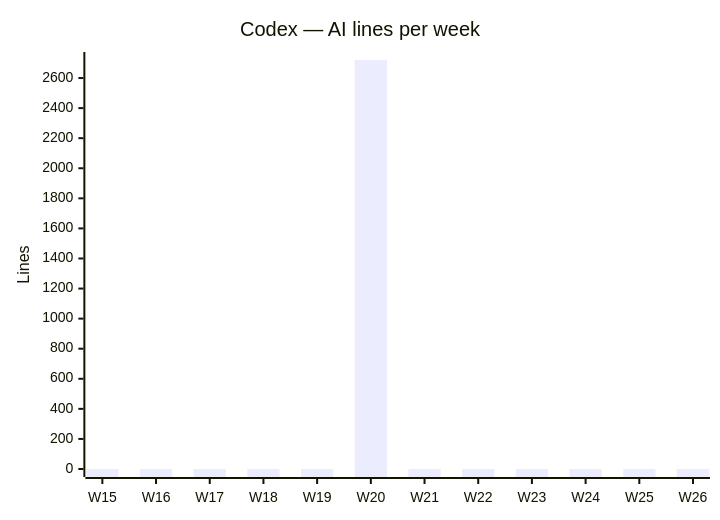
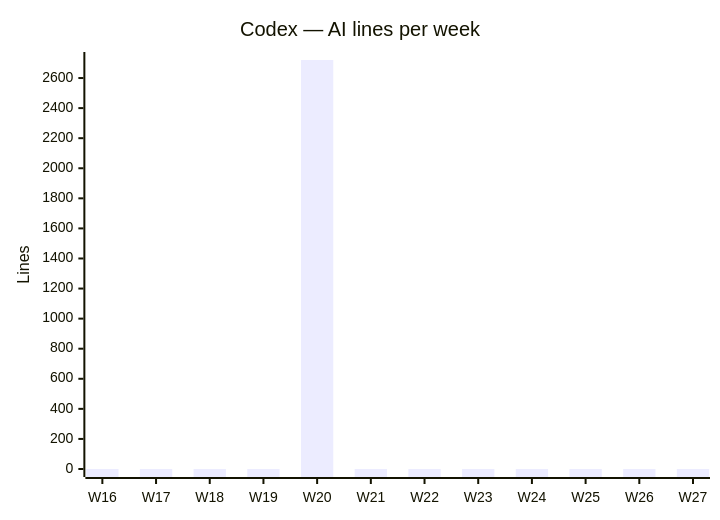
One commit to fromwaydowntown/ai-use changed the third of 4 diagrams in docs/AI_USAGE.md. Above: the diagram before and after it, drawn with Mermaid. The commit also changed other lines of this file, not shown here.

````diff
--- a/docs/AI_USAGE.md
+++ b/docs/AI_USAGE.md
@@ -39,7 +39,7 @@
 ```mermaid
 xychart-beta
     title "Codex — AI lines per week"
-    x-axis ["W15", "W16", "W17", "W18", "W19", "W20", "W21", "W22", "W23", "W24", "W25", "W26"]
+    x-axis ["W16", "W17", "W18", "W19", "W20", "W21", "W22", "W23", "W24", "W25", "W26", "W27"]
     y-axis "Lines"
-    bar [0, 0, 0, 0, 0, 2720, 0, 0, 0, 0, 0, 0]
+    bar [0, 0, 0, 0, 2720, 0, 0, 0, 0, 0, 0, 0]
 ```
````
